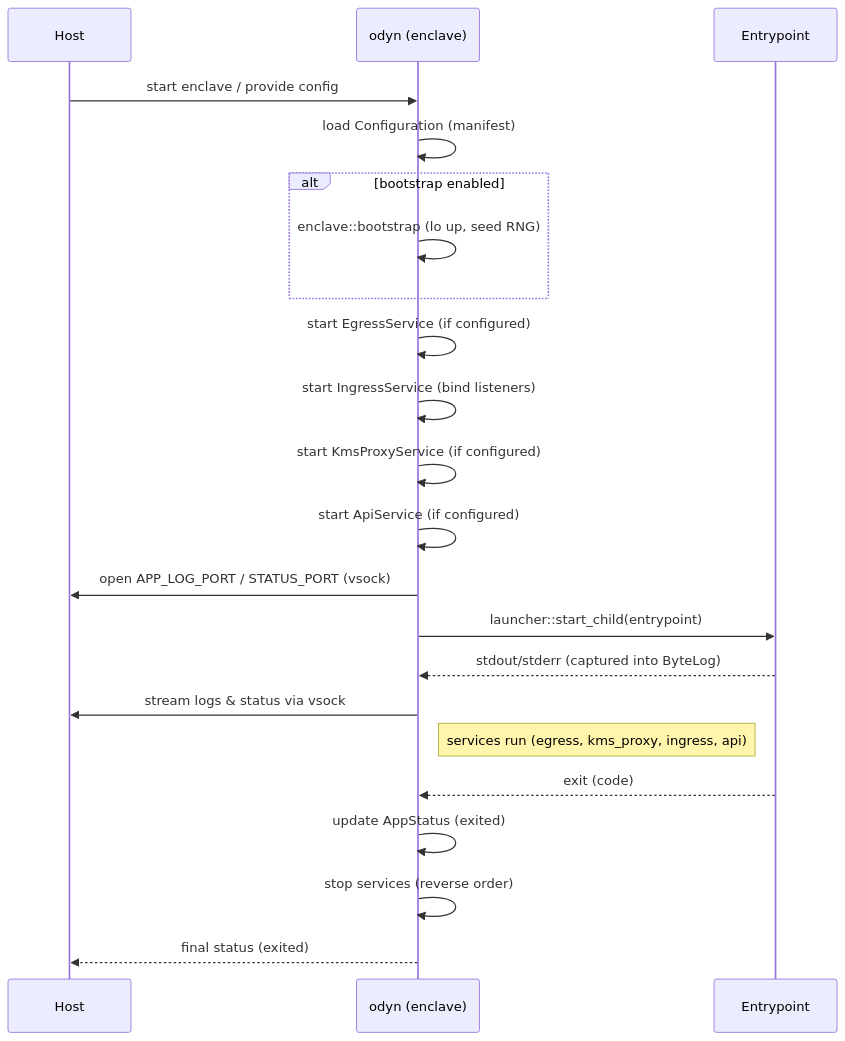
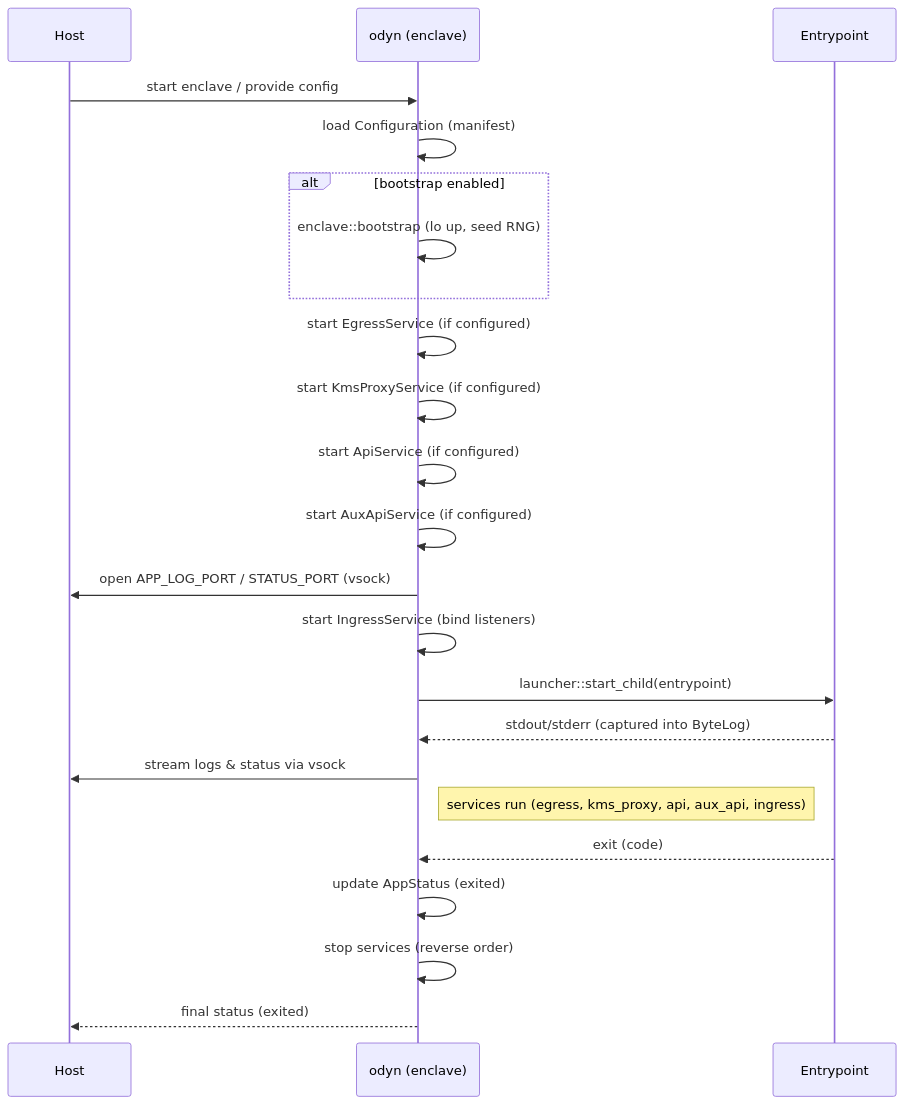
Before and after one commit to sparsity-xyz/enclaver: the diagram in docs/odyn.md, drawn with Mermaid. The commit also changed other lines of this file and 2 other files, not shown here.

Commit message:
add documentation for aux update

````diff
--- a/docs/odyn.md
+++ b/docs/odyn.md
@@ -348,25 +389,26 @@
 ```mermaid
 sequenceDiagram
   participant Host
   participant Odyn as odyn (enclave)
   participant Entrypoint
 
   Host->>Odyn: start enclave / provide config
   Odyn->>Odyn: load Configuration (manifest)
   alt bootstrap enabled
     Odyn->>Odyn: enclave::bootstrap (lo up, seed RNG)
   end
   Odyn->>Odyn: start EgressService (if configured)
-  Odyn->>Odyn: start IngressService (bind listeners)
   Odyn->>Odyn: start KmsProxyService (if configured)
   Odyn->>Odyn: start ApiService (if configured)
+  Odyn->>Odyn: start AuxApiService (if configured)
   Odyn->>Host: open APP_LOG_PORT / STATUS_PORT (vsock)
+  Odyn->>Odyn: start IngressService (bind listeners)
   Odyn->>Entrypoint: launcher::start_child(entrypoint)
   Entrypoint-->>Odyn: stdout/stderr (captured into ByteLog)
   Odyn->>Host: stream logs & status via vsock
-  note right of Odyn: services run (egress, kms_proxy, ingress, api)
+  note right of Odyn: services run (egress, kms_proxy, api, aux_api, ingress)
   Entrypoint-->>Odyn: exit (code)
   Odyn->>Odyn: update AppStatus (exited)
   Odyn->>Odyn: stop services (reverse order)
   Odyn-->>Host: final status (exited)
 ```
````
